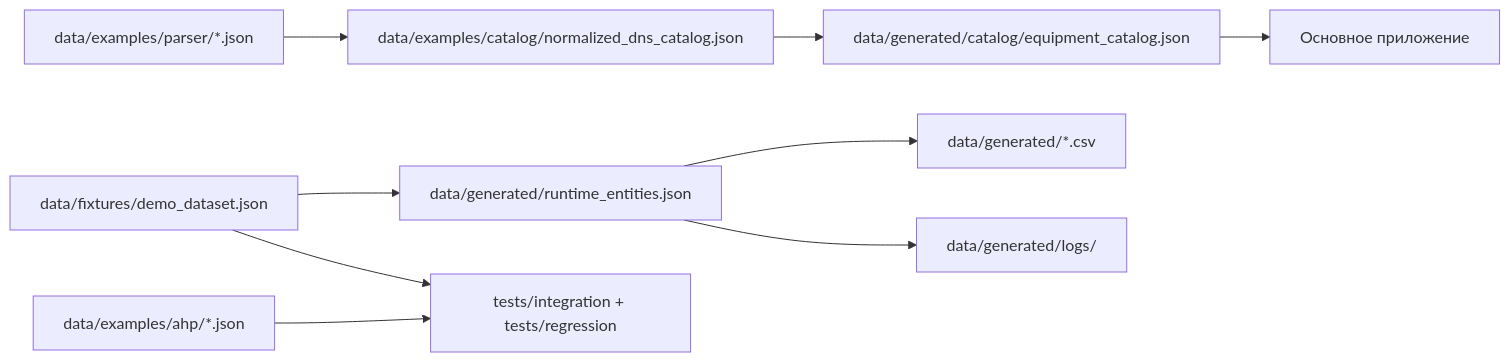
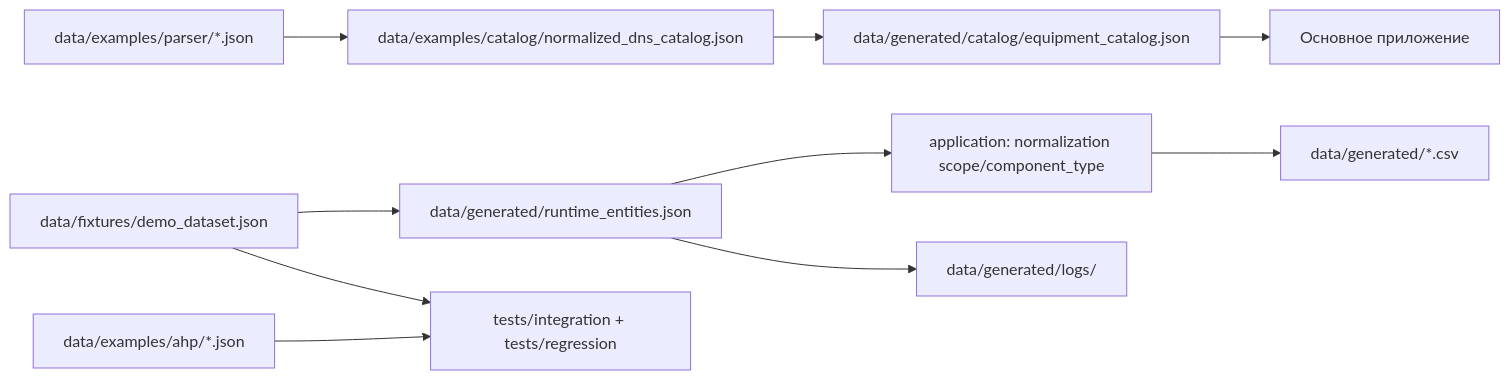
The diagram in docs/architecture/data_map.md (Pacifica123/it_cost_calc), drawn with Mermaid before and after one commit. The commit also changed other lines of this file and 13 other files, not shown here.

First line of the commit message:
feat: add runtime scope normalization

````diff
--- a/docs/architecture/data_map.md
+++ b/docs/architecture/data_map.md
@@ -5,13 +5,14 @@
 ```mermaid
 flowchart LR
     FIX[data/fixtures/demo_dataset.json] --> RUNTIME[data/generated/runtime_entities.json]
-    RUNTIME --> REPORTS[data/generated/*.csv]
+    RUNTIME --> RNORM[application: normalization scope/component_type]
+    RNORM --> REPORTS[data/generated/*.csv]
     RUNTIME --> LOGS[data/generated/logs/]
 
-    RAW[data/examples/parser/*.json] --> NORM[data/examples/catalog/normalized_dns_catalog.json]
-    NORM --> CATALOG[data/generated/catalog/equipment_catalog.json]
+    RAW[data/examples/parser/*.json] --> CNORM[data/examples/catalog/normalized_dns_catalog.json]
+    CNORM --> CATALOG[data/generated/catalog/equipment_catalog.json]
     CATALOG --> APP[Основное приложение]
 
     EXAHP[data/examples/ahp/*.json] --> TESTS[tests/integration + tests/regression]
     FIX --> TESTS
 ```
````
